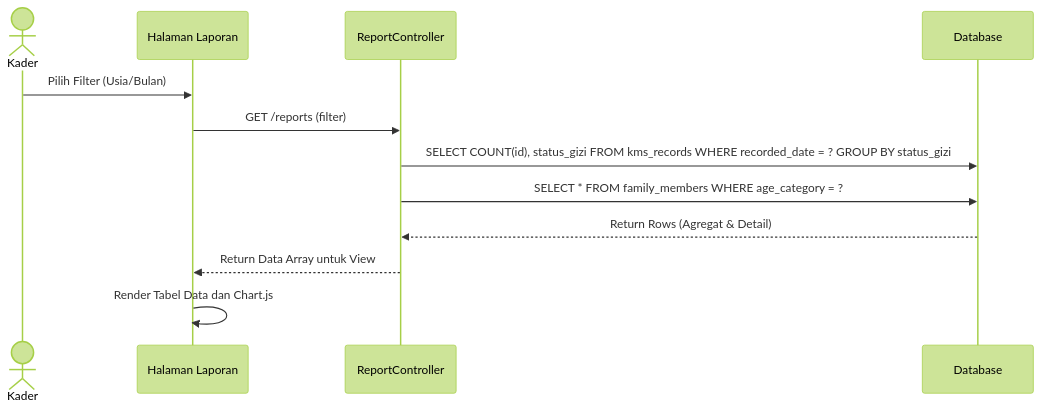
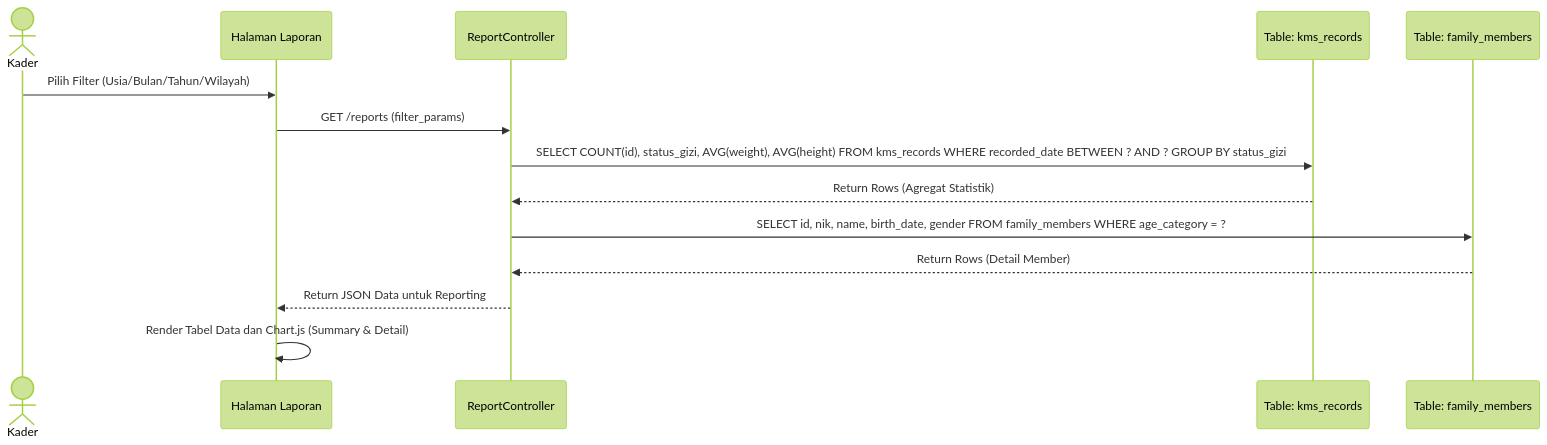
Diagram 14 of 17 in doc/UML.md (imamzaenuddin/sipintar), drawn with Mermaid (forest theme) before and after one commit. The commit also changed other lines of this file, not shown here.

Commit message:
docs: add comprehensive UML documentation for SiPintar system architecture

````diff
--- a/doc/UML.md
+++ b/doc/UML.md
@@ -332,15 +401,17 @@
 ```mermaid
 sequenceDiagram
     actor Kader
     participant View as Halaman Laporan
     participant Controller as ReportController
-    participant DB as Database
+    participant tbl_kms_records as Table: kms_records
+    participant tbl_family_members as Table: family_members
 
-    Kader->>View: Pilih Filter (Usia/Bulan)
-    View->>Controller: GET /reports (filter)
-    Controller->>DB: SELECT COUNT(id), status_gizi FROM kms_records WHERE recorded_date = ? GROUP BY status_gizi
-    Controller->>DB: SELECT * FROM family_members WHERE age_category = ?
-    DB-->>Controller: Return Rows (Agregat & Detail)
-    Controller-->>View: Return Data Array untuk View
-    View->>View: Render Tabel Data dan Chart.js
+    Kader->>View: Pilih Filter (Usia/Bulan/Tahun/Wilayah)
+    View->>Controller: GET /reports (filter_params)
+    Controller->>tbl_kms_records: SELECT COUNT(id), status_gizi, AVG(weight), AVG(height) FROM kms_records WHERE recorded_date BETWEEN ? AND ? GROUP BY status_gizi
+    tbl_kms_records-->>Controller: Return Rows (Agregat Statistik)
+    Controller->>tbl_family_members: SELECT id, nik, name, birth_date, gender FROM family_members WHERE age_category = ?
+    tbl_family_members-->>Controller: Return Rows (Detail Member)
+    Controller-->>View: Return JSON Data untuk Reporting
+    View->>View: Render Tabel Data dan Chart.js (Summary & Detail)
 ```
````
